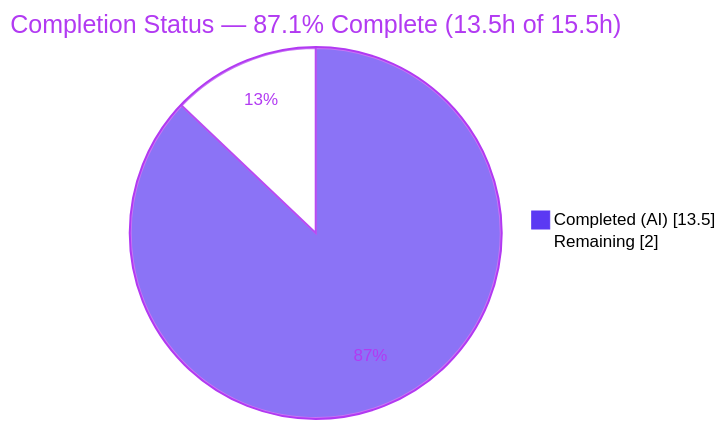
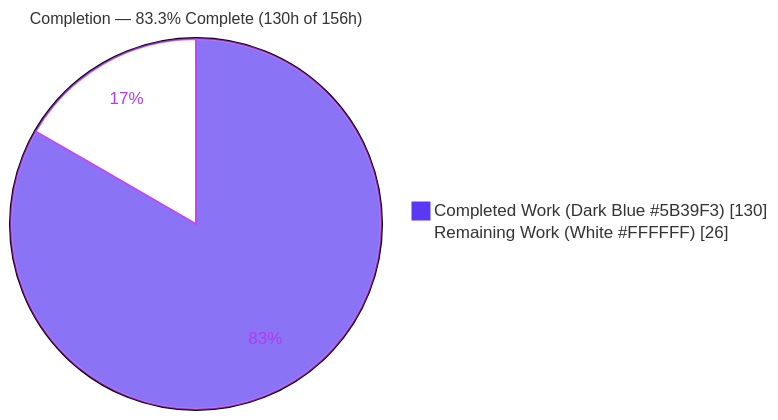
The first of 3 diagrams in blitzy/documentation/Project Guide.md (Blitzy-Sandbox/Cataclysm-DDA), drawn with Mermaid before and after one commit. The commit also changed other lines of this file, not shown here.

Commit message:
Adding Blitzy Project Guide: Project Status and Human Tasks Remaining

````diff
--- a/blitzy/documentation/Project Guide.md
+++ b/blitzy/documentation/Project Guide.md
@@ -15,6 +16,6 @@
 ```mermaid
-%%{init: {'theme':'base','themeVariables':{'pie1':'#5B39F3','pie2':'#FFFFFF','pieStrokeColor':'#B23AF2','pieOuterStrokeColor':'#B23AF2','pieTitleTextColor':'#B23AF2','pieSectionTextColor':'#B23AF2','pieLegendTextColor':'#000000'}}}%%
-pie showData title Completion Status — 87.1% Complete (13.5h of 15.5h)
-    "Completed (AI)" : 13.5
-    "Remaining" : 2.0
+%%{init: {'theme':'base', 'themeVariables': {'pie1':'#5B39F3','pie2':'#FFFFFF','pieStrokeColor':'#B23AF2','pieStrokeWidth':'2px','pieOuterStrokeWidth':'2px','pieTitleTextSize':'16px','pieSectionTextColor':'#B23AF2'}}}%%
+pie showData title Completion — 83.3% Complete (130h of 156h)
+    "Completed Work (Dark Blue #5B39F3)" : 130
+    "Remaining Work (White #FFFFFF)" : 26
 ```
````
